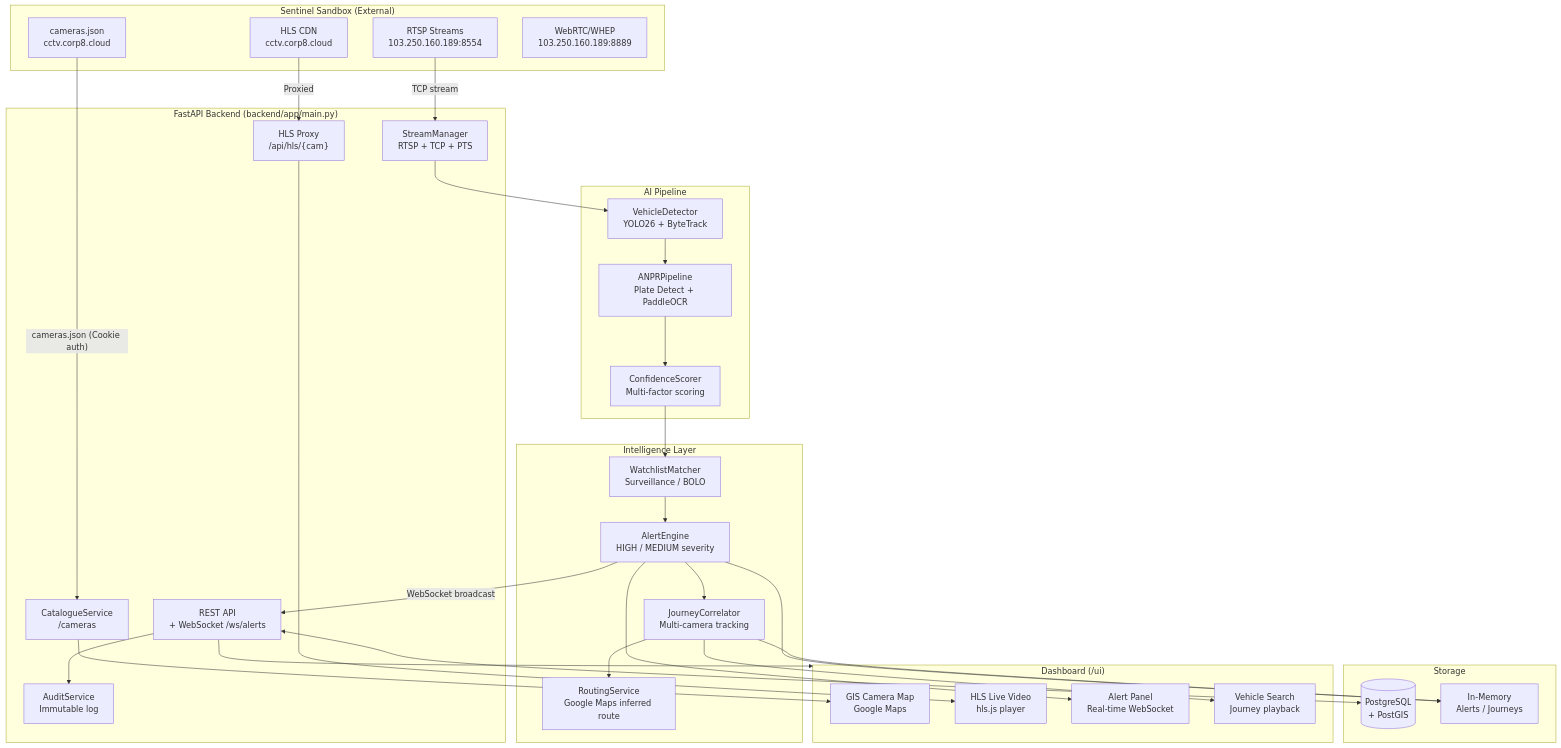
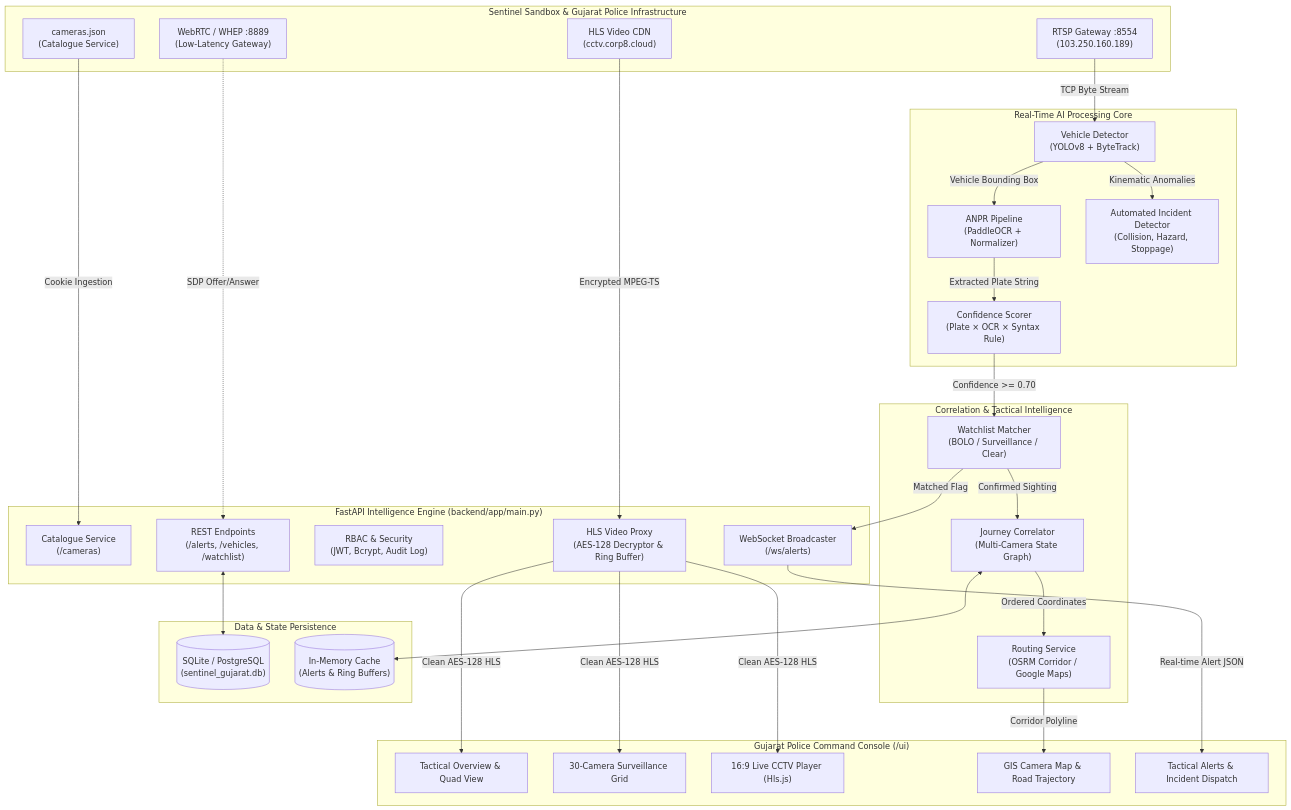
The first of 4 diagrams in README.md (MazedOut/Sentinel_Gujarat_CCTV_Platform), drawn with Mermaid before and after one commit. The commit also changed other lines of this file and 23 other files, not shown here.

Commit message:
feat: stream isolation, AI incident kinematics engine, and platform hardening

````diff
--- a/README.md
+++ b/README.md
@@ -26,63 +78,65 @@
 ```mermaid
 flowchart TD
-    subgraph SENTINEL["Sentinel Sandbox (External)"]
-        CAT["cameras.json\ncctv.corp8.cloud"]
-        RTSP["RTSP Streams\n103.250.160.189:8554"]
-        HLS["HLS CDN\ncctv.corp8.cloud"]
-        WEBRTC["WebRTC/WHEP\n103.250.160.189:8889"]
+    subgraph EXTERNAL["Sentinel Sandbox & Gujarat Police Infrastructure"]
+        CAT["cameras.json\n(Catalogue Service)"]
+        RTSP["RTSP Gateway :8554\n(103.250.160.189)"]
+        HLS_CDN["HLS Video CDN\n(cctv.corp8.cloud)"]
+        WHEP_GW["WebRTC / WHEP :8889\n(Low-Latency Gateway)"]
     end
 
-    subgraph BACKEND["FastAPI Backend (backend/app/main.py)"]
-        CAT_SVC["CatalogueService\n/cameras"]
-        STREAM["StreamManager\nRTSP + TCP + PTS"]
-        HLS_PROXY["HLS Proxy\n/api/hls/{cam}"]
-        API["REST API\n+ WebSocket /ws/alerts"]
-        AUDIT["AuditService\nImmutable log"]
+    subgraph BACKEND["FastAPI Intelligence Engine (backend/app/main.py)"]
+        CAT_SVC["Catalogue Service\n(/cameras)"]
+        PROXY["HLS Video Proxy\n(AES-128 Decryptor & Ring Buffer)"]
+        AUTH_SVC["RBAC & Security\n(JWT, Bcrypt, Audit Log)"]
+        REST_API["REST Endpoints\n(/alerts, /vehicles, /watchlist)"]
+        WS_HUB["WebSocket Broadcaster\n(/ws/alerts)"]
     end
 
-    subgraph AI["AI Pipeline"]
-        YOLO["VehicleDetector\nYOLO26 + ByteTrack"]
-        ANPR["ANPRPipeline\nPlate Detect + PaddleOCR"]
-        SCORE["ConfidenceScorer\nMulti-factor scoring"]
+    subgraph AI_PIPELINE["Real-Time AI Processing Core"]
+        YOLO["Vehicle Detector\n(YOLOv8 + ByteTrack)"]
+        OCR["ANPR Pipeline\n(PaddleOCR + Normalizer)"]
+        SCORER["Confidence Scorer\n(Plate × OCR × Syntax Rule)"]
+        AID["Automated Incident Detector\n(Collision, Hazard, Stoppage)"]
     end
 
-    subgraph INTEL["Intelligence Layer"]
-        WATCH["WatchlistMatcher\nSurveillance / BOLO"]
-        ALERT["AlertEngine\nHIGH / MEDIUM severity"]
-        JOURNEY["JourneyCorrelator\nMulti-camera tracking"]
-        ROUTE["RoutingService\nGoogle Maps inferred route"]
+    subgraph INTEL_ENGINE["Correlation & Tactical Intelligence"]
+        WL["Watchlist Matcher\n(BOLO / Surveillance / Clear)"]
+        CORR["Journey Correlator\n(Multi-Camera State Graph)"]
+        ROUTING["Routing Service\n(OSRM Corridor / Google Maps)"]
     end
 
-    subgraph STORE["Storage"]
-        PG[("PostgreSQL\n+ PostGIS")]
-        MEM["In-Memory\nAlerts / Journeys"]
+    subgraph STORAGE["Data & State Persistence"]
+        SQLITE[("SQLite / PostgreSQL\n(sentinel_gujarat.db)")]
+        MEM_CACHE[("In-Memory Cache\n(Alerts & Ring Buffers)")]
     end
 
-    subgraph FRONTEND["Dashboard (/ui)"]
-        MAP["GIS Camera Map\nGoogle Maps"]
-        VIDEO["HLS Live Video\nhls.js player"]
-        ALERTS_UI["Alert Panel\nReal-time WebSocket"]
-        SEARCH["Vehicle Search\nJourney playback"]
+    subgraph OPERATOR["Gujarat Police Command Console (/ui)"]
+        OVERVIEW["Tactical Overview & Quad View"]
+        WALL["30-Camera Surveillance Grid"]
+        MODAL["16:9 Live CCTV Player (Hls.js)"]
+        GIS_MAP["GIS Camera Map & Road Trajectory"]
+        ALERTS_PANEL["Tactical Alerts & Incident Dispatch"]
     end
 
-    CAT -->|"cameras.json (Cookie auth)"| CAT_SVC
-    RTSP -->|"TCP stream"| STREAM
-    HLS -->|"Proxied"| HLS_PROXY
-    STREAM --> YOLO
-    YOLO --> ANPR
-    ANPR --> SCORE
-    SCORE --> WATCH
-    WATCH --> ALERT
-    ALERT --> JOURNEY
-    JOURNEY --> ROUTE
-    ALERT -->|"WebSocket broadcast"| API
-    API --> FRONTEND
-    HLS_PROXY --> VIDEO
-    CAT_SVC --> MAP
-    ALERT --> ALERTS_UI
-    JOURNEY --> SEARCH
-    API <--> PG
-    ALERT --> MEM
-    JOURNEY --> MEM
-    API --> AUDIT
+    CAT -->|"Cookie Ingestion"| CAT_SVC
+    HLS_CDN -->|"Encrypted MPEG-TS"| PROXY
+    RTSP -->|"TCP Byte Stream"| YOLO
+    WHEP_GW -.->|"SDP Offer/Answer"| REST_API
+
+    YOLO -->|"Vehicle Bounding Box"| OCR
+    OCR -->|"Extracted Plate String"| SCORER
+    SCORER -->|"Confidence >= 0.70"| WL
+    WL -->|"Matched Flag"| WS_HUB
+    WL -->|"Confirmed Sighting"| CORR
+    YOLO -->|"Kinematic Anomalies"| AID
+
+    CORR -->|"Ordered Coordinates"| ROUTING
+    REST_API <--> SQLITE
+    CORR <--> MEM_CACHE
+
+    PROXY -->|"Clean AES-128 HLS"| MODAL
+    PROXY -->|"Clean AES-128 HLS"| WALL
+    PROXY -->|"Clean AES-128 HLS"| OVERVIEW
+    WS_HUB -->|"Real-time Alert JSON"| ALERTS_PANEL
+    ROUTING -->|"Corridor Polyline"| GIS_MAP
 ```
````
